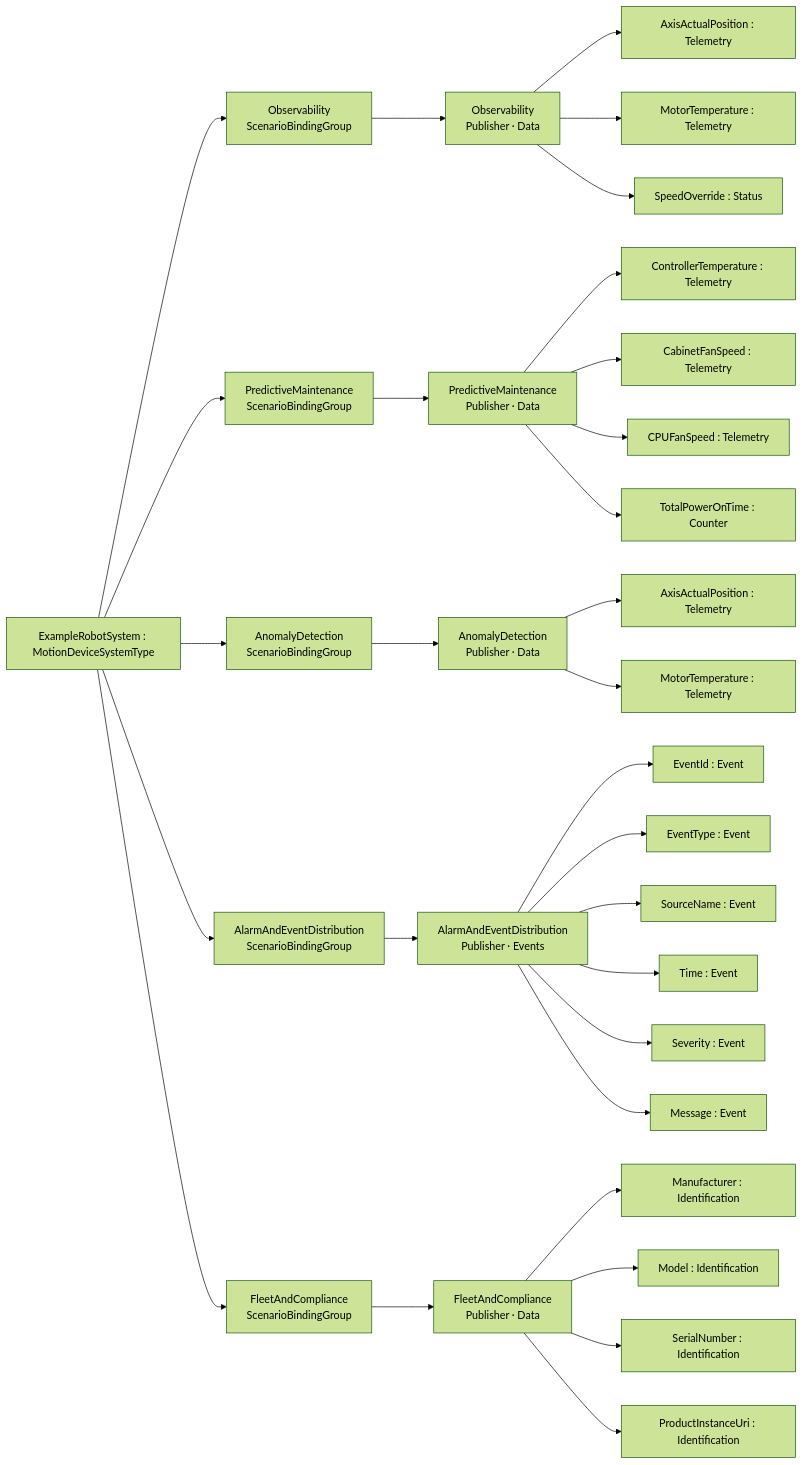
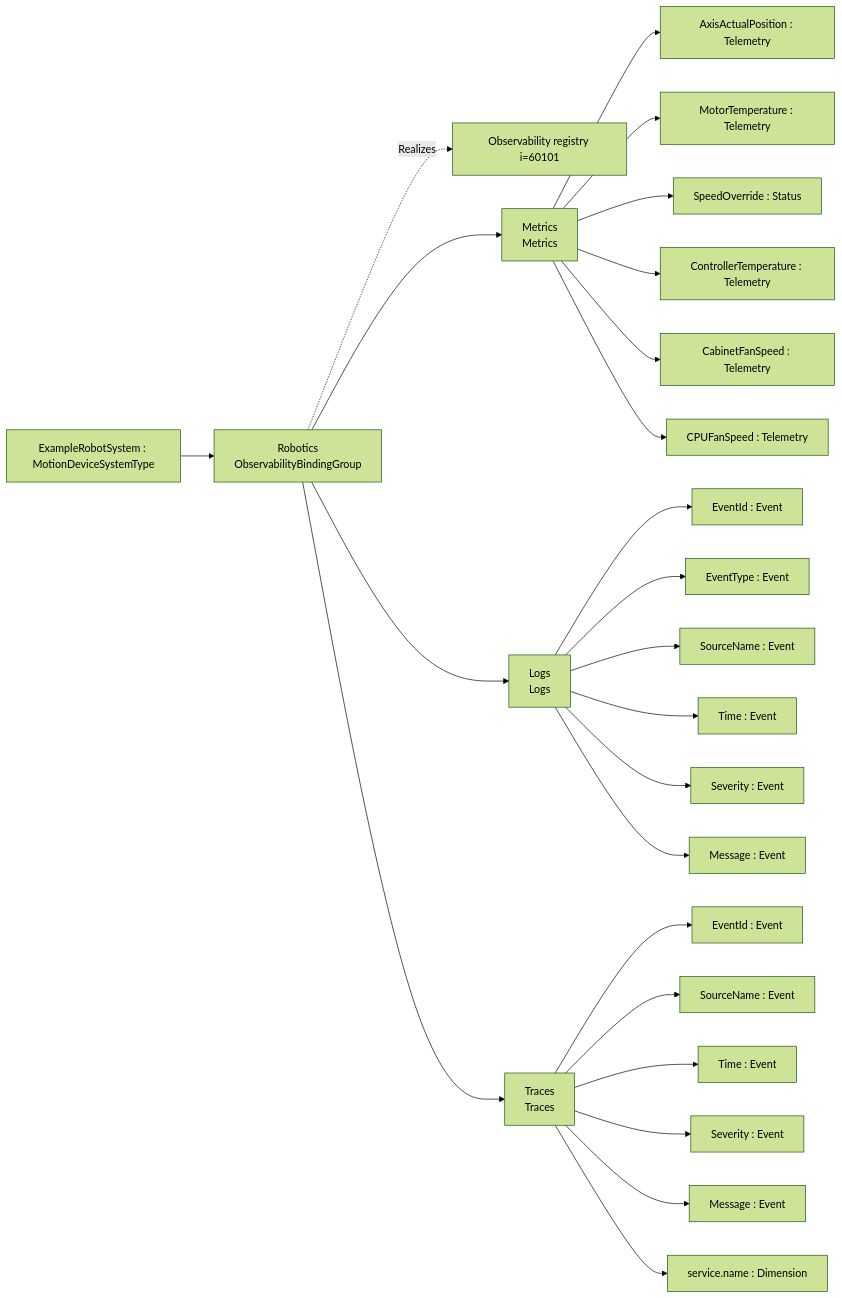
Before and after one commit to marcschier/opcua-drafts: the first of 2 diagrams in core-specs/observability-export/robotics/OPC-UA-Robotics-Observability-Export-Addendum.md, drawn with Mermaid (forest theme). The commit also changed other lines of this file and 22 other files, not shown here.

````diff
--- a/core-specs/observability-export/robotics/OPC-UA-Robotics-Observability-Export-Addendum.md
+++ b/core-specs/observability-export/robotics/OPC-UA-Robotics-Observability-Export-Addendum.md
@@ -93,33 +84,27 @@
 ```mermaid
 graph LR
   ROOT["ExampleRobotSystem : MotionDeviceSystemType"]
-  ROOT --> G0["Observability<br/>ScenarioBindingGroup"]
-  G0 --> S0["Observability<br/>Publisher · Data"]
+  ROOT --> G["Robotics<br/>ObservabilityBindingGroup"]
+  G -.Realizes.-> O["Observability registry i=60101"]
+  G --> S0["Metrics<br/>Metrics"]
   S0 --> S0_0["AxisActualPosition : Telemetry"]
   S0 --> S0_1["MotorTemperature : Telemetry"]
   S0 --> S0_2["SpeedOverride : Status"]
-  ROOT --> G1["PredictiveMaintenance<br/>ScenarioBindingGroup"]
-  G1 --> S1["PredictiveMaintenance<br/>Publisher · Data"]
-  S1 --> S1_0["ControllerTemperature : Telemetry"]
-  S1 --> S1_1["CabinetFanSpeed : Telemetry"]
-  S1 --> S1_2["CPUFanSpeed : Telemetry"]
-  S1 --> S1_3["TotalPowerOnTime : Counter"]
-  ROOT --> G2["AnomalyDetection<br/>ScenarioBindingGroup"]
-  G2 --> S2["AnomalyDetection<br/>Publisher · Data"]
-  S2 --> S2_0["AxisActualPosition : Telemetry"]
-  S2 --> S2_1["MotorTemperature : Telemetry"]
-  ROOT --> G3["AlarmAndEventDistribution<br/>ScenarioBindingGroup"]
-  G3 --> S3["AlarmAndEventDistribution<br/>Publisher · Events"]
-  S3 --> S3_0["EventId : Event"]
-  S3 --> S3_1["EventType : Event"]
-  S3 --> S3_2["SourceName : Event"]
-  S3 --> S3_3["Time : Event"]
-  S3 --> S3_4["Severity : Event"]
-  S3 --> S3_5["Message : Event"]
-  ROOT --> G4["FleetAndCompliance<br/>ScenarioBindingGroup"]
-  G4 --> S4["FleetAndCompliance<br/>Publisher · Data"]
-  S4 --> S4_0["Manufacturer : Identification"]
-  S4 --> S4_1["Model : Identification"]
-  S4 --> S4_2["SerialNumber : Identification"]
-  S4 --> S4_3["ProductInstanceUri : Identification"]
+  S0 --> S0_3["ControllerTemperature : Telemetry"]
+  S0 --> S0_4["CabinetFanSpeed : Telemetry"]
+  S0 --> S0_5["CPUFanSpeed : Telemetry"]
+  G --> S1["Logs<br/>Logs"]
+  S1 --> S1_0["EventId : Event"]
+  S1 --> S1_1["EventType : Event"]
+  S1 --> S1_2["SourceName : Event"]
+  S1 --> S1_3["Time : Event"]
+  S1 --> S1_4["Severity : Event"]
+  S1 --> S1_5["Message : Event"]
+  G --> S2["Traces<br/>Traces"]
+  S2 --> S2_0["EventId : Event"]
+  S2 --> S2_1["SourceName : Event"]
+  S2 --> S2_2["Time : Event"]
+  S2 --> S2_3["Severity : Event"]
+  S2 --> S2_4["Message : Event"]
+  S2 --> S2_5["service.name : Dimension"]
 ```
````
